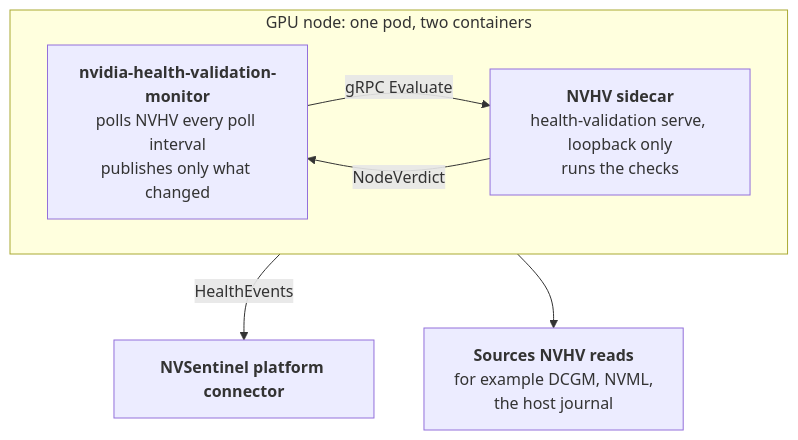
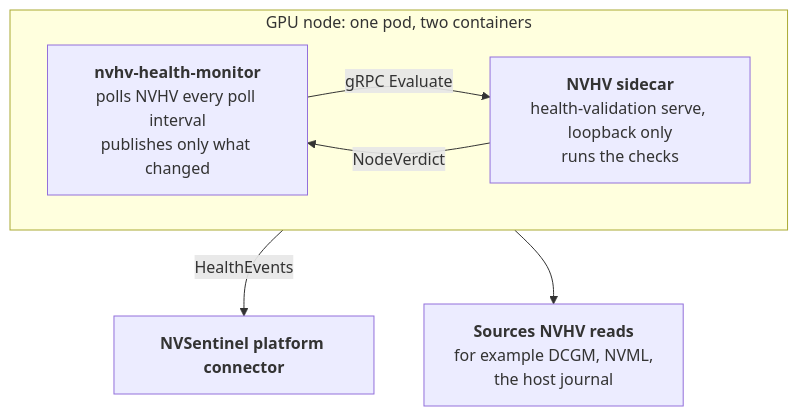
Before and after one commit to NVIDIA/NVSentinel: the diagram in docs/designs/076-integration-with-nvhv.md, drawn with Mermaid. The commit also changed other lines of this file, not shown here.

Commit message:
doc(nvhv): review comments addressed

````diff
--- a/docs/designs/076-integration-with-nvhv.md
+++ b/docs/designs/076-integration-with-nvhv.md
@@ -15,14 +15,14 @@
 ```mermaid
 flowchart TB
   subgraph POD["GPU node: one pod, two containers"]
     direction LR
-    MON["<b>nvidia-health-validation-monitor</b><br/>polls NVHV every poll interval<br/>publishes only what changed"]
+    MON["<b>nvhv-health-monitor</b><br/>polls NVHV every poll interval<br/>publishes only what changed"]
     NVHV["<b>NVHV sidecar</b><br/>health-validation serve, loopback only<br/>runs the checks"]
     MON -- "gRPC Evaluate" --> NVHV
     NVHV -- "NodeVerdict" --> MON
   end
   PC["<b>NVSentinel platform connector</b>"]
   SRC["<b>Sources NVHV reads</b><br/>for example DCGM, NVML,<br/>the host journal"]
   MON -- "HealthEvents" --> PC
   NVHV --> SRC
 ```
````
